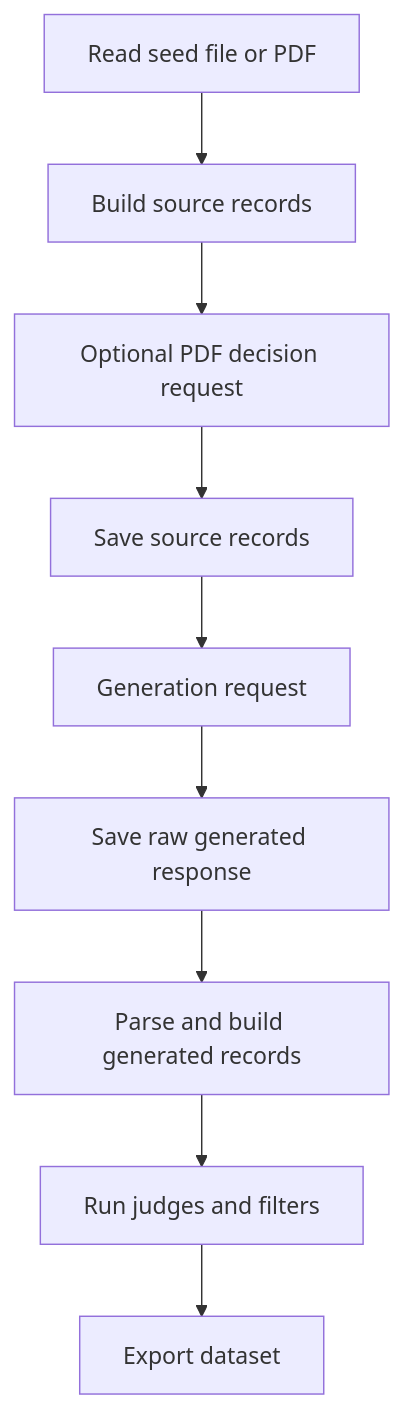
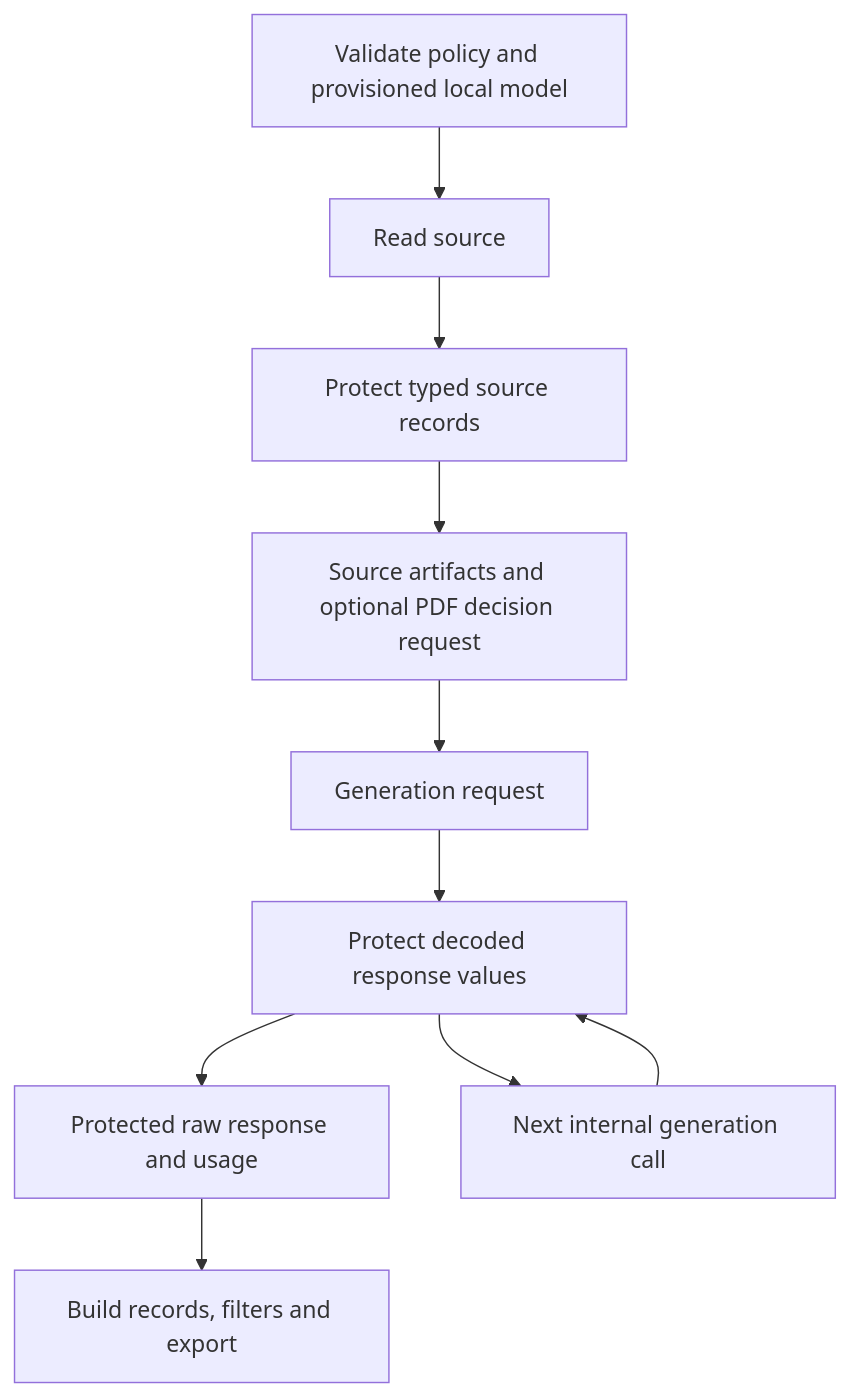
Before and after one commit to jayshah5696/arka: the diagram in docs/tasks/pii-redaction/01-tech-design.md, drawn with Mermaid. The commit also changed other lines of this file and 36 other files, not shown here.

Commit message:
Protect source and generated text with local GLiNER2 PII policy

````diff
--- a/docs/tasks/pii-redaction/01-tech-design.md
+++ b/docs/tasks/pii-redaction/01-tech-design.md
@@ -25,11 +19,12 @@
-~~~mermaid
+```mermaid
 flowchart TD
-    A[Read seed file or PDF] --> B[Build source records]
-    B --> C[Optional PDF decision request]
-    C --> D[Save source records]
+    A[Validate policy and provisioned local model] --> B[Read source]
+    B --> C[Protect typed source records]
+    C --> D[Source artifacts and optional PDF decision request]
     D --> E[Generation request]
-    E --> F[Save raw generated response]
-    F --> G[Parse and build generated records]
-    G --> H[Run judges and filters]
-    H --> I[Export dataset]
-~~~
+    E --> F[Protect decoded response values]
+    F --> G[Protected raw response and usage]
+    F --> H[Next internal generation call]
+    G --> I[Build records, filters and export]
+    H --> F
+```
````
